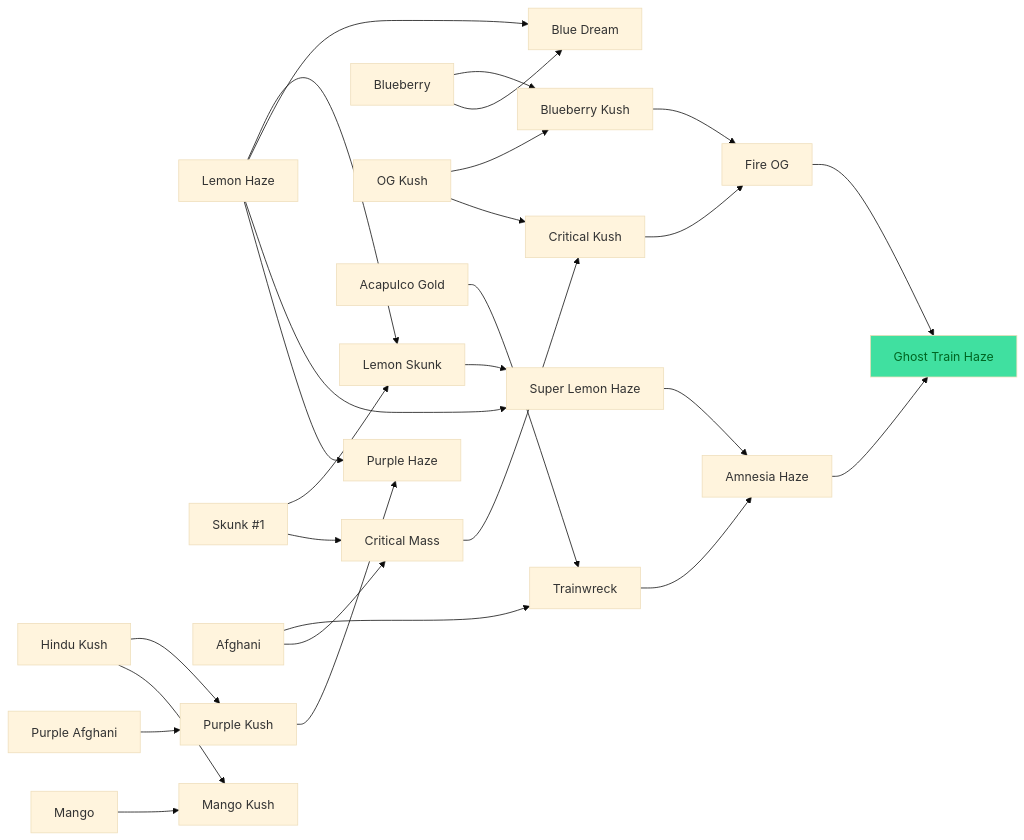
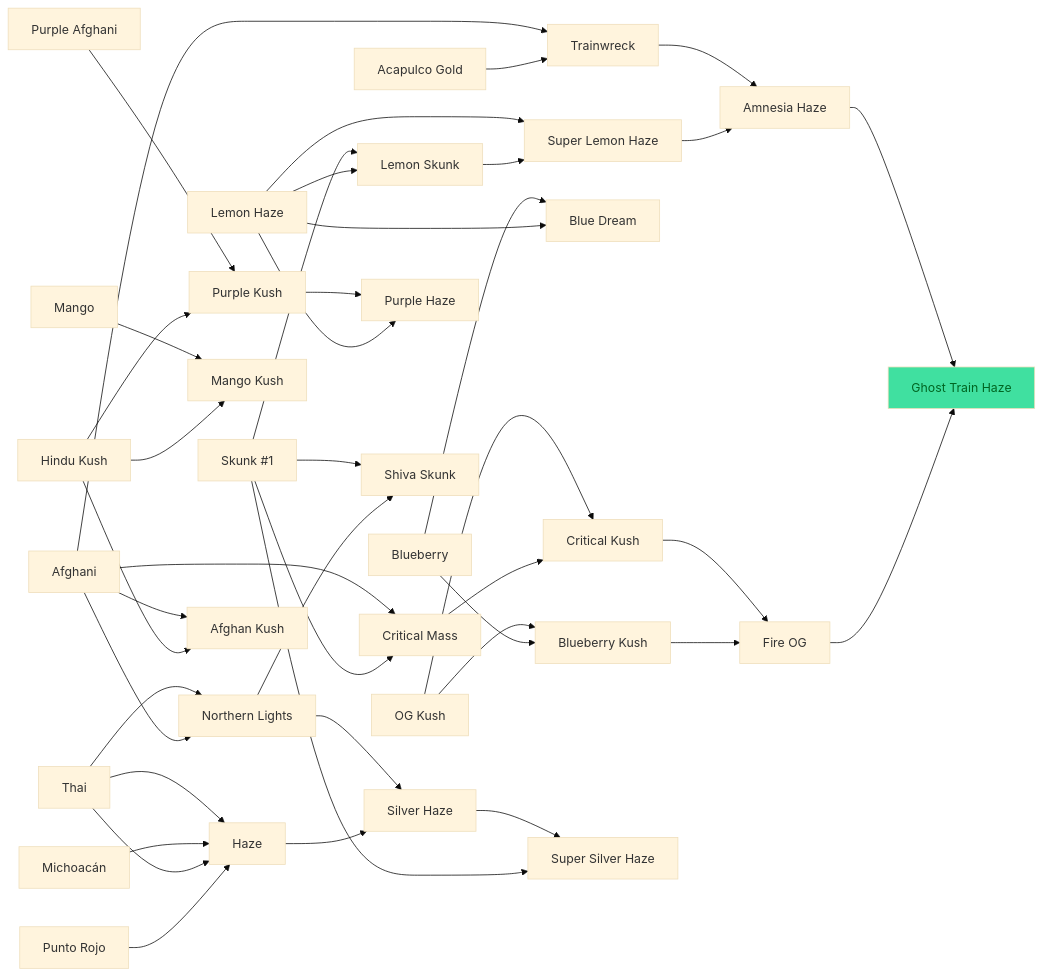
Before and after one commit to u0921985828-arch/Strainmon: the diagram in ribera-verde/docs/GENETICA.md, drawn with Mermaid (base theme). The commit also changed other lines of this file and 21 other files, not shown here.

````diff
--- a/ribera-verde/docs/GENETICA.md
+++ b/ribera-verde/docs/GENETICA.md
@@ -55,30 +105,44 @@
 ```mermaid
 flowchart LR
   limon["Lemon Haze"] --> citrus["Lemon Skunk"]
   ria["Skunk #1"] --> citrus
   niebla["Blueberry"] --> bluetx["Blueberry Kush"]
   txoko["OG Kush"] --> bluetx
   acapulco["Acapulco Gold"] --> sollimon["Trainwreck"]
   rif["Afghani"] --> sollimon
   ria["Skunk #1"] --> kushrif["Critical Mass"]
   rif["Afghani"] --> kushrif
   hindu["Hindu Kush"] --> purpurah["Purple Kush"]
   purpura["Purple Afghani"] --> purpurah
   hindu["Hindu Kush"] --> orotrop["Mango Kush"]
   mango["Mango"] --> orotrop
   limon["Lemon Haze"] --> nieblamor["Blue Dream"]
   niebla["Blueberry"] --> nieblamor
   citrus["Lemon Skunk"] --> brumaog["Super Lemon Haze"]
   limon["Lemon Haze"] --> brumaog
   kushrif["Critical Mass"] --> reina["Critical Kush"]
   txoko["OG Kush"] --> reina
   limon["Lemon Haze"] --> amanecer["Purple Haze"]
   purpurah["Purple Kush"] --> amanecer
   brumaog["Super Lemon Haze"] --> tormenta["Amnesia Haze"]
   sollimon["Trainwreck"] --> tormenta
   bluetx["Blueberry Kush"] --> dragon["Fire OG"]
   reina["Critical Kush"] --> dragon
   dragon["Fire OG"] --> leyenda["Ghost Train Haze"]
   tormenta["Amnesia Haze"] --> leyenda
+  punto["Punto Rojo"] --> haze["Haze"]
+  thai["Thai"] --> haze
+  mich["Michoacán"] --> haze["Haze"]
+  thai["Thai"] --> haze
+  rif["Afghani"] --> nl["Northern Lights"]
+  thai["Thai"] --> nl
+  hindu["Hindu Kush"] --> afkush["Afghan Kush"]
+  rif["Afghani"] --> afkush
+  nl["Northern Lights"] --> shiva["Shiva Skunk"]
+  ria["Skunk #1"] --> shiva
+  haze["Haze"] --> silver["Silver Haze"]
+  nl["Northern Lights"] --> silver
+  ria["Skunk #1"] --> ssh["Super Silver Haze"]
+  silver["Silver Haze"] --> ssh
   style leyenda fill:#40e0a0,color:#062
 ```
````
